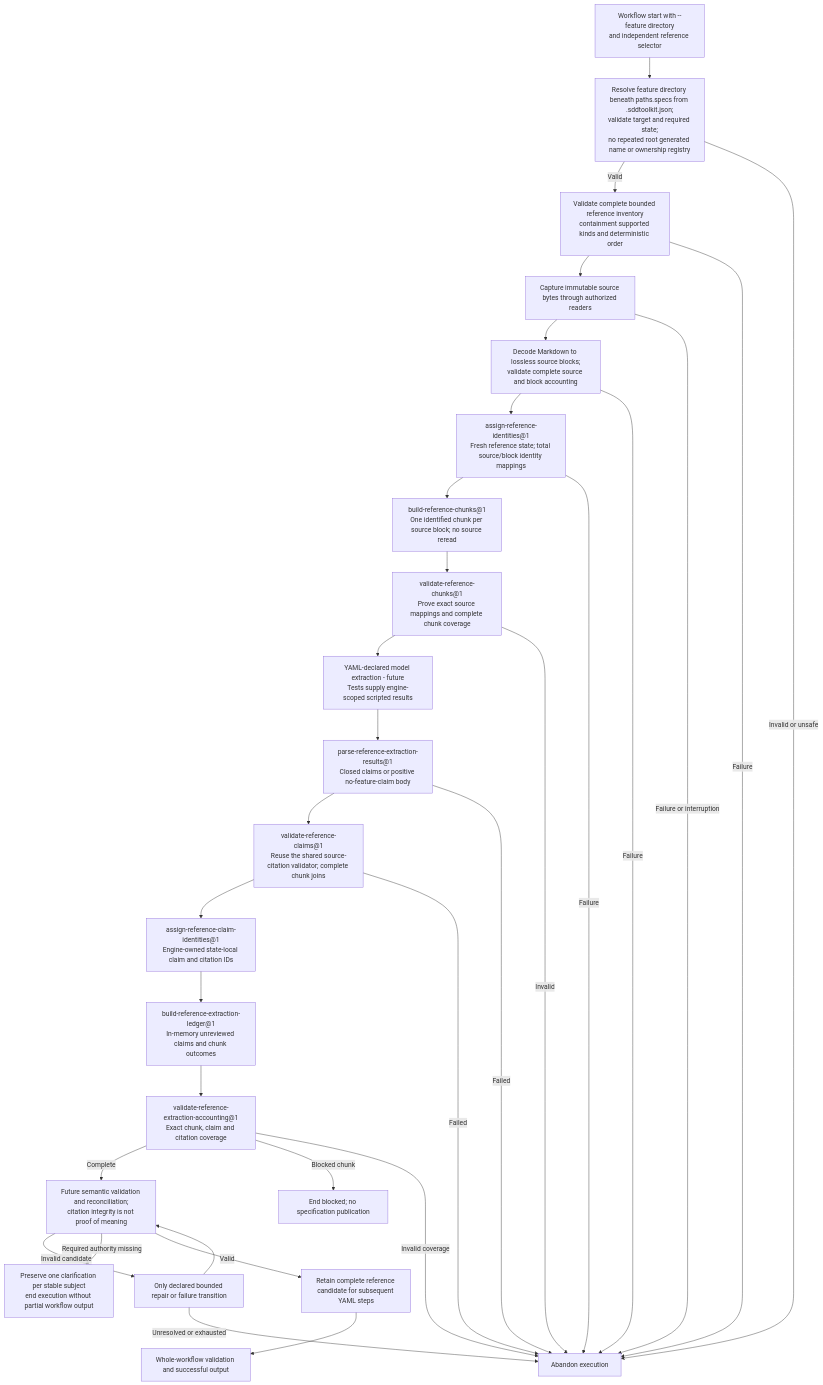
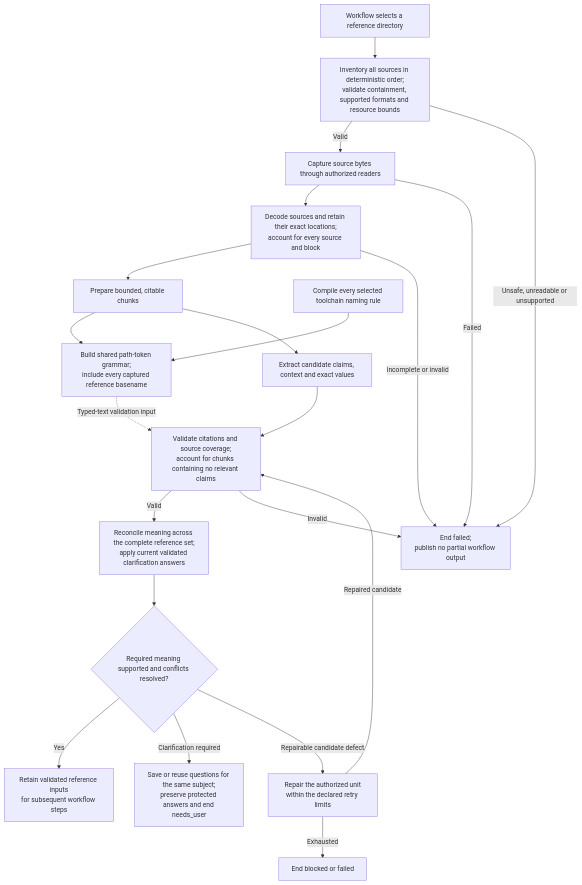
Before and after one commit to littledespot/sdde: the diagram in design/diagrams/05-reference-ingestion.md, drawn with Mermaid. The commit also changed other lines of this file and 79 other files, not shown here.

````diff
--- a/design/diagrams/05-reference-ingestion.md
+++ b/design/diagrams/05-reference-ingestion.md
@@ -5,33 +3,23 @@
 ```mermaid
 flowchart TD
-    START[Workflow start with --feature directory<br/>and independent reference selector] --> TARGET[Resolve feature directory beneath paths.specs from .sddtoolkit.json;<br/>validate target and required state;<br/>no repeated root generated name or ownership registry]
-    TARGET -- Valid --> INVENTORY[Validate complete bounded reference inventory<br/>containment supported kinds and deterministic order]
-    TARGET -- Invalid or unsafe --> ABANDON
-    INVENTORY --> CAPTURE[Capture immutable source bytes through authorized readers]
-    CAPTURE --> DECODE[Decode Markdown to lossless source blocks;<br/>validate complete source and block accounting]
-    DECODE --> IDENTIFY["assign-reference-identities@1<br/>Fresh reference state; total source/block identity mappings"]
-    IDENTIFY --> CHUNKS["build-reference-chunks@1<br/>One identified chunk per source block; no source reread"]
-    CHUNKS --> CITABLE["validate-reference-chunks@1<br/>Prove exact source mappings and complete chunk coverage"]
-    CITABLE --> EXTRACT["YAML-declared model extraction - future<br/>Tests supply engine-scoped scripted results"]
-    EXTRACT --> PARSE["parse-reference-extraction-results@1<br/>Closed claims or positive no-feature-claim body"]
-    PARSE --> CITE["validate-reference-claims@1<br/>Reuse the shared source-citation validator; complete chunk joins"]
-    CITE --> IDS["assign-reference-claim-identities@1<br/>Engine-owned state-local claim and citation IDs"]
-    IDS --> LEDGER["build-reference-extraction-ledger@1<br/>In-memory unreviewed claims and chunk outcomes"]
-    LEDGER --> ACCOUNT["validate-reference-extraction-accounting@1<br/>Exact chunk, claim and citation coverage"]
-    ACCOUNT -- Complete --> VALIDATE["Future semantic validation and reconciliation;<br/>citation integrity is not proof of meaning"]
-    ACCOUNT -- Blocked chunk --> BLOCKED["End blocked; no specification publication"]
-    ACCOUNT -- Invalid coverage --> ABANDON
-    VALIDATE -- Invalid candidate --> REPAIR[Only declared bounded repair or failure transition]
-    REPAIR --> VALIDATE
-    VALIDATE -- Required authority missing --> CLARIFY[Preserve one clarification per stable subject<br/>end execution without partial workflow output]
-    VALIDATE -- Valid --> CANDIDATE[Retain complete reference candidate for subsequent YAML steps]
-    CANDIDATE --> FINAL[Whole-workflow validation and successful output]
-    INVENTORY -- Failure --> ABANDON[Abandon execution]
-    CAPTURE -- Failure or interruption --> ABANDON
-    DECODE -- Failure --> ABANDON
-    IDENTIFY -- Failure --> ABANDON
-    CITABLE -- Invalid --> ABANDON
-    PARSE -- Failed --> ABANDON
-    CITE -- Failed --> ABANDON
-    REPAIR -- Unresolved or exhausted --> ABANDON
+    START["Workflow selects a reference directory"] --> INVENTORY["Inventory all sources in deterministic order;<br/>validate containment, supported formats and resource bounds"]
+    INVENTORY -->|Valid| CAPTURE["Capture source bytes through authorized readers"]
+    CAPTURE --> DECODE["Decode sources and retain their exact locations;<br/>account for every source and block"]
+    DECODE --> CHUNKS["Prepare bounded, citable chunks"]
+    NAMING["Compile every selected toolchain naming rule"] --> GRAMMAR["Build shared path-token grammar;<br/>include every captured reference basename"]
+    CHUNKS --> GRAMMAR
+    GRAMMAR -. "Typed-text validation input" .-> ACCOUNT
+    CHUNKS --> EXTRACT["Extract candidate claims, context and exact values"]
+    EXTRACT --> ACCOUNT["Validate citations and source coverage;<br/>account for chunks containing no relevant claims"]
+    ACCOUNT -->|Valid| RECONCILE["Reconcile meaning across the complete reference set;<br/>apply current validated clarification answers"]
+    RECONCILE --> CHECK{"Required meaning supported and conflicts resolved?"}
+    CHECK -->|Yes| CANDIDATE["Retain validated reference inputs<br/>for subsequent workflow steps"]
+    CHECK -->|Clarification required| CLARIFY["Save or reuse questions for the same subject;<br/>preserve protected answers and end needs_user"]
+    CHECK -->|Repairable candidate defect| REPAIR["Repair the authorized unit<br/>within the declared retry limits"]
+    REPAIR -->|Repaired candidate| ACCOUNT
+    REPAIR -->|Exhausted| BLOCKED["End blocked or failed"]
+    INVENTORY -->|Unsafe, unreadable or unsupported| FAILED["End failed;<br/>publish no partial workflow output"]
+    CAPTURE -->|Failed| FAILED
+    DECODE -->|Incomplete or invalid| FAILED
+    ACCOUNT -->|Invalid| FAILED
 ```
````
